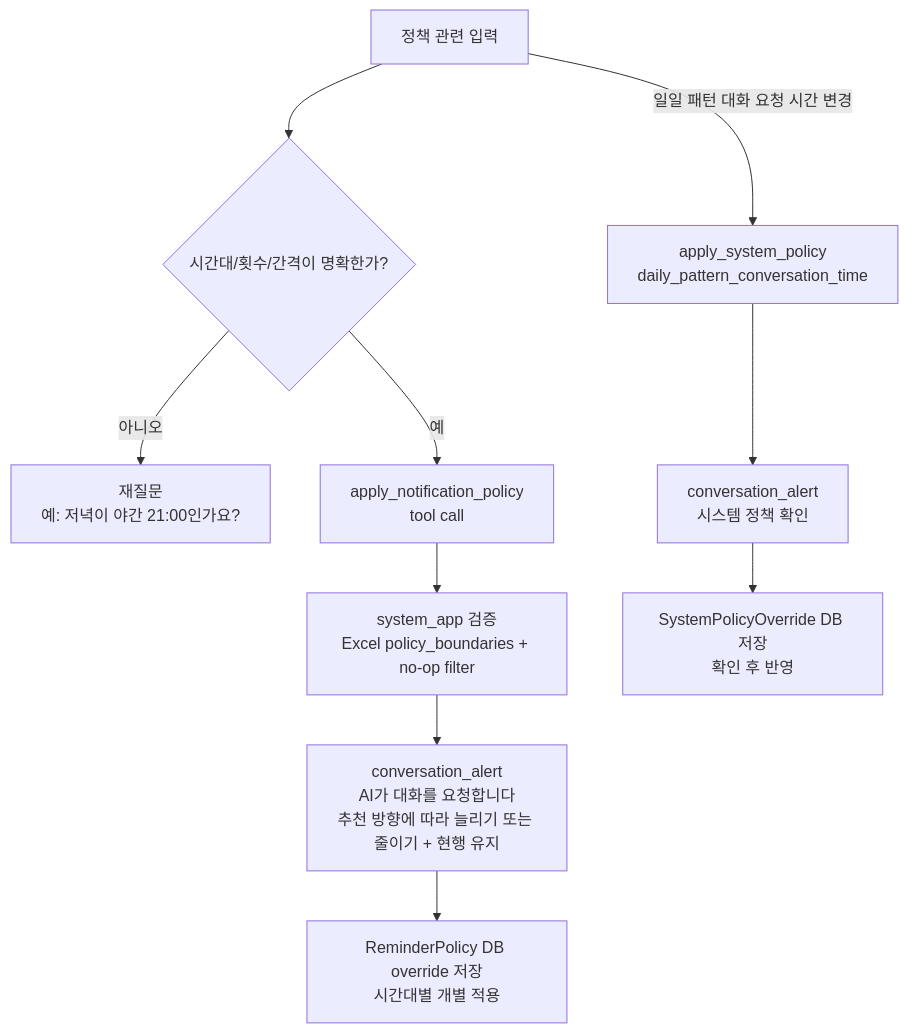
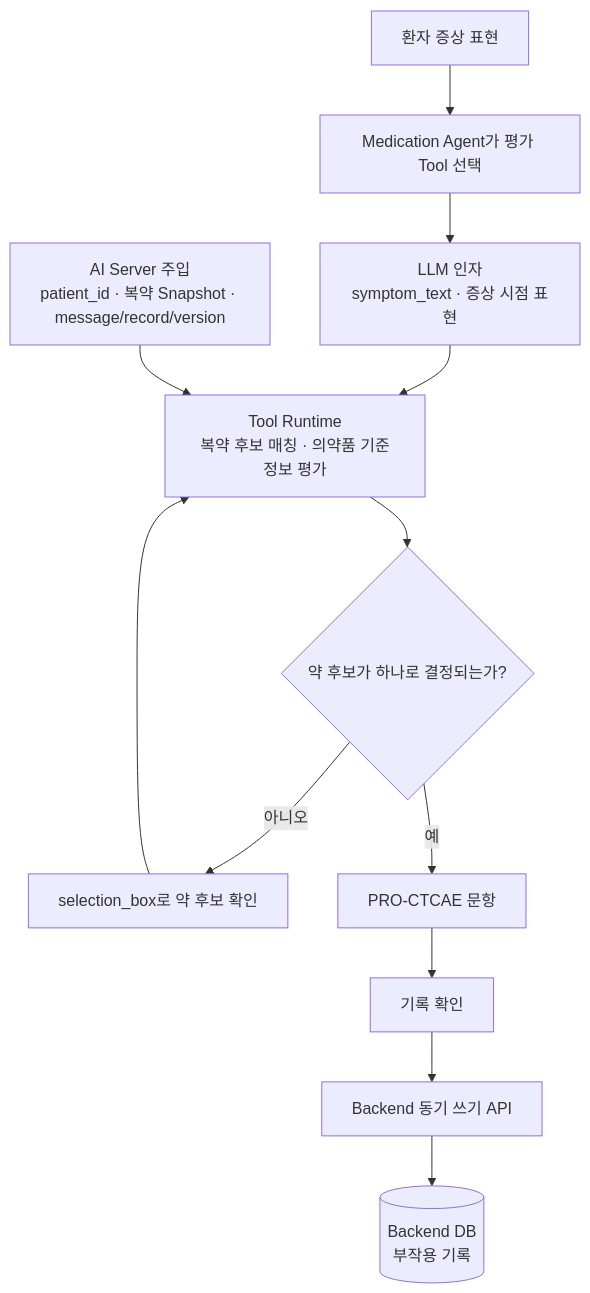
Before and after one commit to DigitalPharm-AI/DrAnswer_Testbed: the fourth of 5 diagrams in docs/AGENT_SYSTEM_MAP.md, drawn with Mermaid. The commit also changed other lines of this file and 546 other files, not shown here.

````diff
--- a/docs/AGENT_SYSTEM_MAP.md
+++ b/docs/AGENT_SYSTEM_MAP.md
@@ -50,18 +99,20 @@
 ```mermaid
 flowchart TD
-  REQUEST["정책 관련 입력"]
-  CLEAR{"시간대/횟수/간격이 명확한가?"}
-  ASK["재질문<br/>예: 저녁이 야간 21:00인가요?"]
-  TOOL["apply_notification_policy<br/>tool call"]
-  SYSTEM_TOOL["apply_system_policy<br/>daily_pattern_conversation_time"]
-  CONFIRM["conversation_alert<br/>AI가 대화를 요청합니다<br/>추천 방향에 따라 늘리기 또는 줄이기 + 현행 유지"]
-  VALIDATE["system_app 검증<br/>Excel policy_boundaries + no-op filter"]
-  SAVE["ReminderPolicy DB override 저장<br/>시간대별 개별 적용"]
-  SYSTEM_CONFIRM["conversation_alert<br/>시스템 정책 확인"]
-  SYSTEM_SAVE["SystemPolicyOverride DB 저장<br/>확인 후 반영"]
+  INPUT["환자 증상 표현"]
+  SELECT["Medication Agent가 평가 Tool 선택"]
+  MODEL_ARGS["LLM 인자<br/>symptom_text · 증상 시점 표현"]
+  TRUSTED["AI Server 주입<br/>patient_id · 복약 Snapshot · message/record/version"]
+  MATCH["Tool Runtime<br/>복약 후보 매칭 · 의약품 기준정보 평가"]
+  AMBIGUOUS{"약 후보가 하나로 결정되는가?"}
+  CHOICE["selection_box로 약 후보 확인"]
+  PRO["PRO-CTCAE 문항"]
+  CONFIRM["기록 확인"]
+  WRITE["Backend 동기 쓰기 API"]
+  DB[("Backend DB<br/>부작용 기록")]
 
-  REQUEST --> CLEAR
-  CLEAR -- 아니오 --> ASK
-  CLEAR -- 예 --> TOOL --> VALIDATE --> CONFIRM --> SAVE
-  REQUEST -- 일일 패턴 대화 요청 시간 변경 --> SYSTEM_TOOL --> SYSTEM_CONFIRM --> SYSTEM_SAVE
+  INPUT --> SELECT --> MODEL_ARGS --> MATCH
+  TRUSTED --> MATCH
+  MATCH --> AMBIGUOUS
+  AMBIGUOUS -- "아니오" --> CHOICE --> MATCH
+  AMBIGUOUS -- "예" --> PRO --> CONFIRM --> WRITE --> DB
 ```
````
